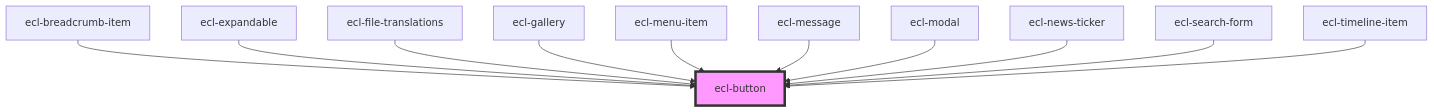
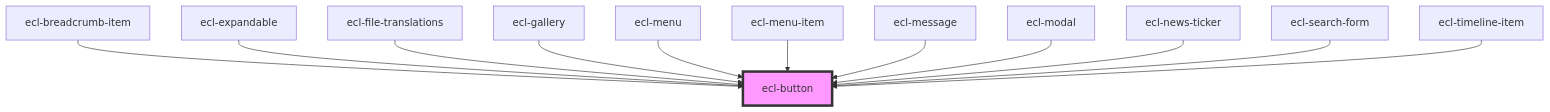
Before and after one commit to ec-europa/ecl-webcomponents: the diagram in src/components/ecl-button/readme.md, drawn with Mermaid. The commit also changed other lines of this file and 8 other files, not shown here.

````diff
--- a/src/components/ecl-button/readme.md
+++ b/src/components/ecl-button/readme.md
@@ -34,14 +35,15 @@
 ```mermaid
 graph TD;
   ecl-breadcrumb-item --> ecl-button
   ecl-expandable --> ecl-button
   ecl-file-translations --> ecl-button
   ecl-gallery --> ecl-button
+  ecl-menu --> ecl-button
   ecl-menu-item --> ecl-button
   ecl-message --> ecl-button
   ecl-modal --> ecl-button
   ecl-news-ticker --> ecl-button
   ecl-search-form --> ecl-button
   ecl-timeline-item --> ecl-button
   style ecl-button fill:#f9f,stroke:#333,stroke-width:4px
 ```
````
